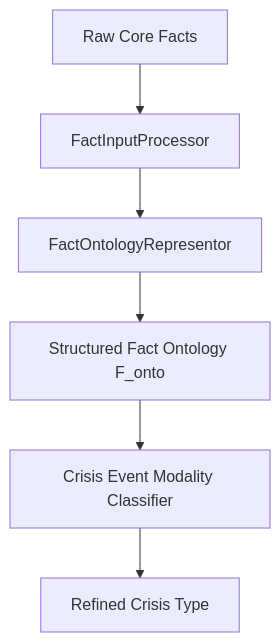
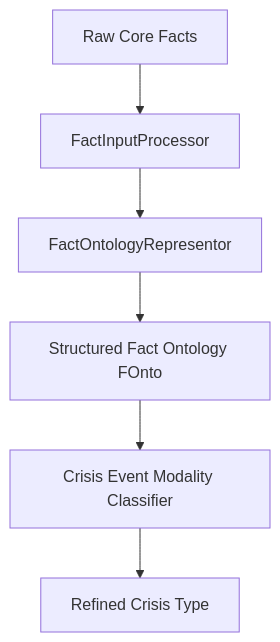
Before and after one commit to diplomat-bit/Citibank_Demo_Business_Inc_Demonstration-: the first of 2 diagrams in inventions/010_unified_crisis_communications_generation.md, drawn with Mermaid. The commit also changed other lines of this file, not shown here.

````diff
--- a/inventions/010_unified_crisis_communications_generation.md
+++ b/inventions/010_unified_crisis_communications_generation.md
@@ -28,8 +38,8 @@
     ```mermaid
     graph TD
         A[Raw Core Facts] --> B[FactInputProcessor];
         B --> C[FactOntologyRepresentor];
-        C --> D[Structured Fact Ontology F_onto];
+        C --> D[Structured Fact Ontology FOnto];
         D --> E[Crisis Event Modality Classifier];
         E --> F[Refined Crisis Type];
     ```
````
